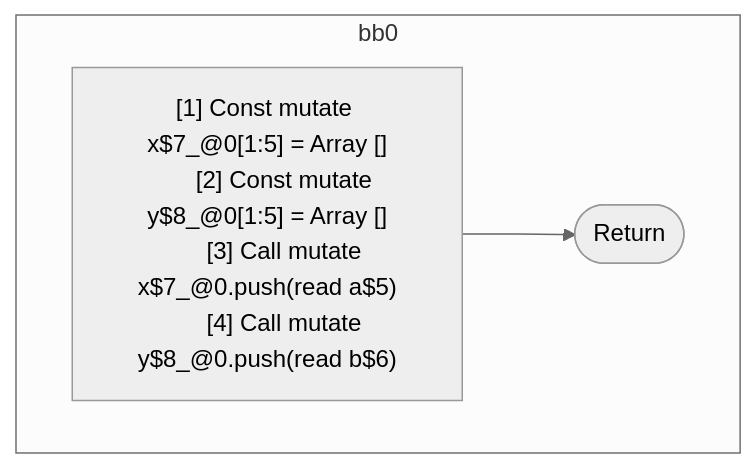
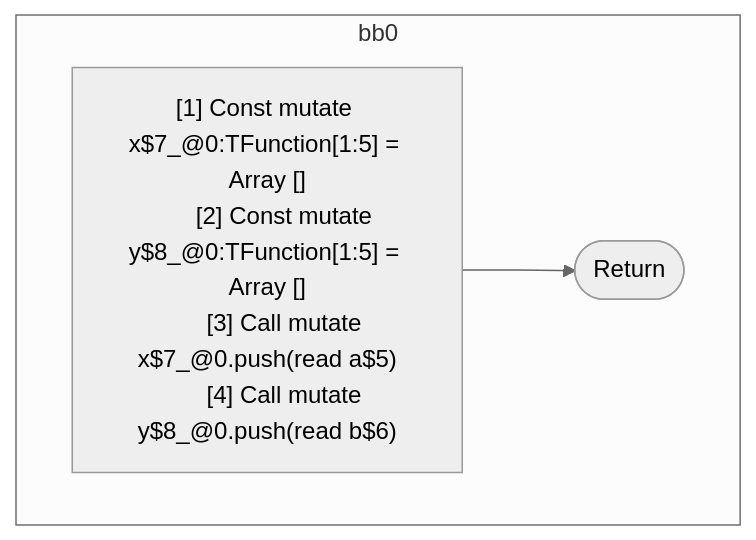
The diagram in compiler/forget/src/__tests__/fixtures/hir/overlapping-scopes-interleaved.expect.md (wutsmog/private), drawn with Mermaid (neutral theme) before and after one commit. The commit also changed other lines of this file and 112 other files, not shown here.

````diff
--- a/compiler/forget/src/__tests__/fixtures/hir/overlapping-scopes-interleaved.expect.md
+++ b/compiler/forget/src/__tests__/fixtures/hir/overlapping-scopes-interleaved.expect.md
@@ -46,16 +46,16 @@
 ```mermaid
 flowchart TB
   %% Basic Blocks
   subgraph bb0
     bb0_instrs["
-      [1] Const mutate x$7_@0[1:5] = Array []
-      [2] Const mutate y$8_@0[1:5] = Array []
+      [1] Const mutate x$7_@0:TFunction[1:5] = Array []
+      [2] Const mutate y$8_@0:TFunction[1:5] = Array []
       [3] Call mutate x$7_@0.push(read a$5)
       [4] Call mutate y$8_@0.push(read b$6)
     "]
     bb0_instrs --> bb0_terminal(["Return"])
   end
 
   %% Jumps
   %% empty
 ```
````
